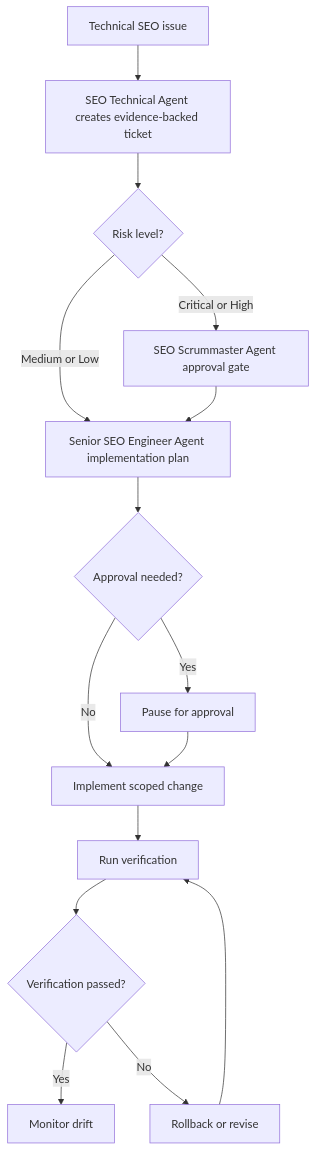
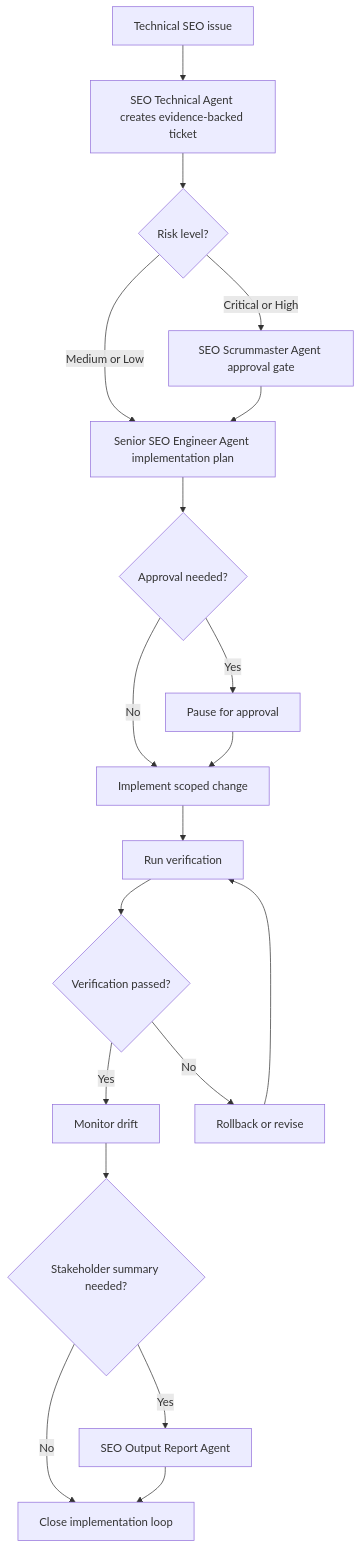
One commit to wfprieto/World-Class-SEO-Agent-System changed the diagram in workflows/technical-deployment-workflow.md. Above: the diagram before and after it, drawn with Mermaid. The commit also changed other lines of this file and 13 other files, not shown here.

Commit message:
Add plain-language SEO output report agent

````diff
--- a/workflows/technical-deployment-workflow.md
+++ b/workflows/technical-deployment-workflow.md
@@ -23,17 +24,21 @@
 ```mermaid
 flowchart TD
   A["Technical SEO issue"] --> B["SEO Technical Agent creates evidence-backed ticket"]
   B --> C{"Risk level?"}
   C -->|Critical or High| D["SEO Scrummaster Agent approval gate"]
   C -->|Medium or Low| E["Senior SEO Engineer Agent implementation plan"]
   D --> E
   E --> F{"Approval needed?"}
   F -->|Yes| G["Pause for approval"]
   F -->|No| H["Implement scoped change"]
   G --> H
   H --> I["Run verification"]
   I --> J{"Verification passed?"}
   J -->|Yes| K["Monitor drift"]
   J -->|No| L["Rollback or revise"]
   L --> I
+  K --> M{"Stakeholder summary needed?"}
+  M -->|Yes| N["SEO Output Report Agent"]
+  M -->|No| O["Close implementation loop"]
+  N --> O
 ```
````
